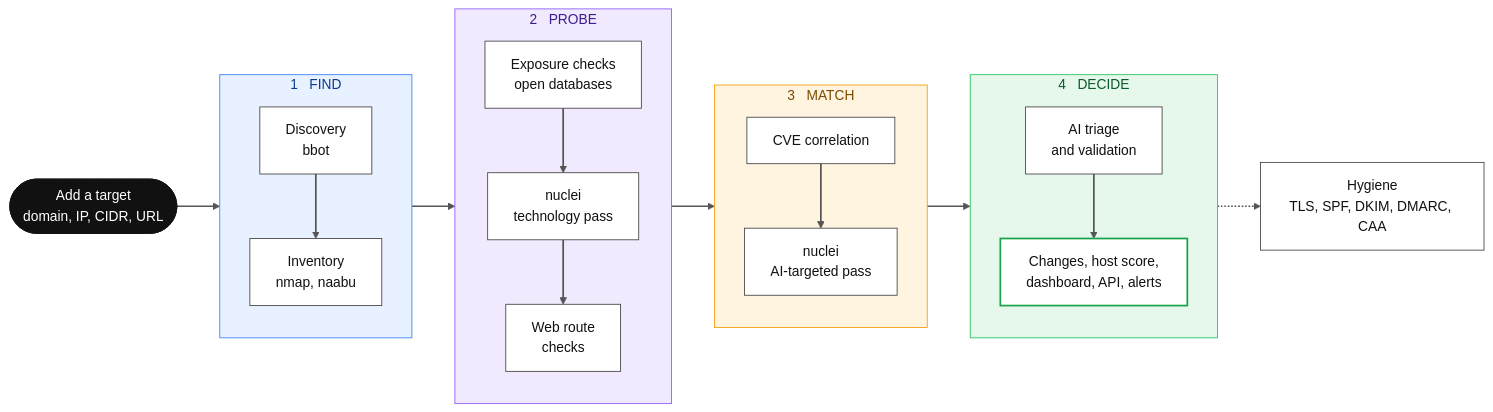
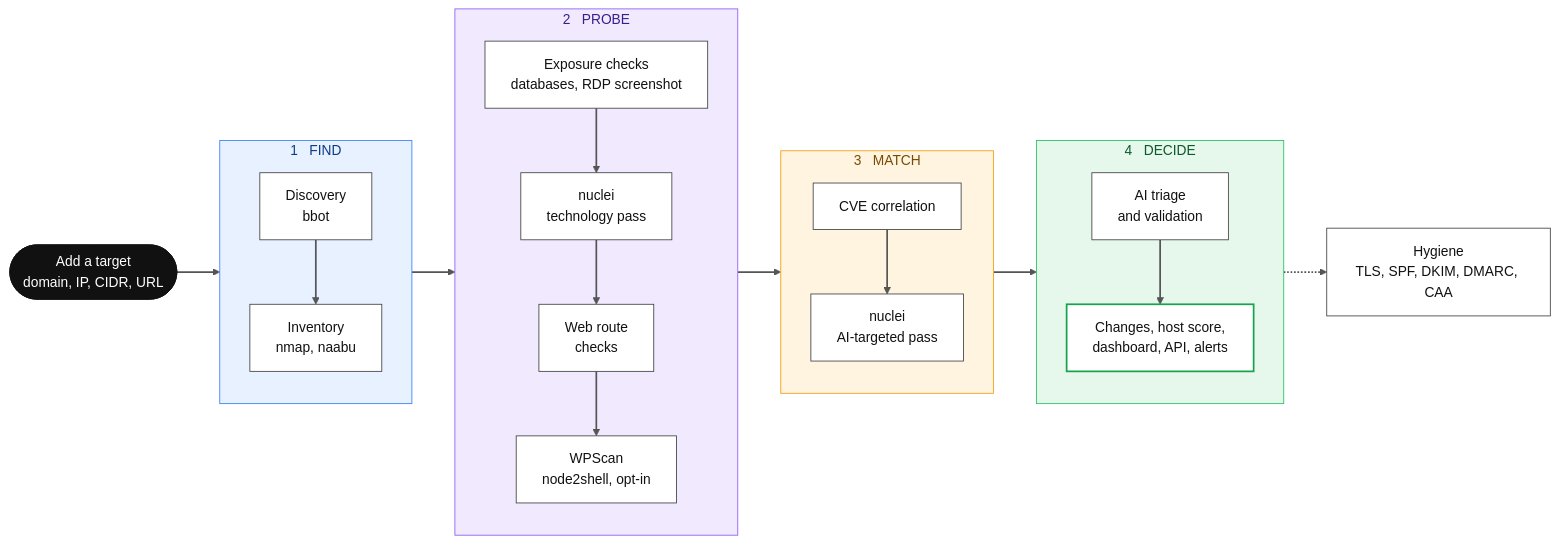
The first of 2 diagrams in README.md (hevnsnt/CVEngine), drawn with Mermaid (forest theme) before and after one commit. The commit also changed other lines of this file and 5 other files, not shown here.

````diff
--- a/README.md
+++ b/README.md
@@ -67,43 +67,43 @@
 ```mermaid
 flowchart LR
     T(["Add a target<br/>domain, IP, CIDR, URL"])
 
     subgraph FIND["1 &nbsp; FIND"]
         direction TB
         D["Discovery<br/>bbot"] --> I["Inventory<br/>nmap, naabu"]
     end
 
     subgraph PROBE["2 &nbsp; PROBE"]
         direction TB
-        X["Exposure checks<br/>open databases"] --> N1["nuclei<br/>technology pass"] --> R["Web route<br/>checks"]
+        X["Exposure checks<br/>databases, RDP screenshot"] --> N1["nuclei<br/>technology pass"] --> R["Web route<br/>checks"] --> W["WPScan<br/>node2shell, opt-in"]
     end
 
     subgraph MATCH["3 &nbsp; MATCH"]
         direction TB
         C["CVE correlation"] --> N2["nuclei<br/>AI-targeted pass"]
     end
 
     subgraph DECIDE["4 &nbsp; DECIDE"]
         direction TB
         A["AI triage<br/>and validation"] --> O["Changes, host score,<br/>dashboard, API, alerts"]
     end
 
     H["Hygiene<br/>TLS, SPF, DKIM, DMARC, CAA"]
 
     T --> FIND --> PROBE --> MATCH --> DECIDE
     DECIDE -.-> H
 
     style FIND fill:#e8f1ff,stroke:#3b82f6,color:#0b3b8c
     style PROBE fill:#f1eaff,stroke:#8b5cf6,color:#3b1d8c
     style MATCH fill:#fff4e0,stroke:#f59e0b,color:#7a4a00
     style DECIDE fill:#e6f7ec,stroke:#22c55e,color:#0b5a2a
     linkStyle default stroke:#555,stroke-width:2px
 
     classDef start fill:#111,stroke:#111,color:#fff
     classDef step fill:#fff,stroke:#444,color:#111
     classDef out fill:#fff,stroke:#16a34a,stroke-width:2px,color:#111
     class T start
-    class D,I,X,N1,R,C,N2,A step
+    class D,I,X,N1,R,W,C,N2,A step
     class O out
     class H step
 ```
````
